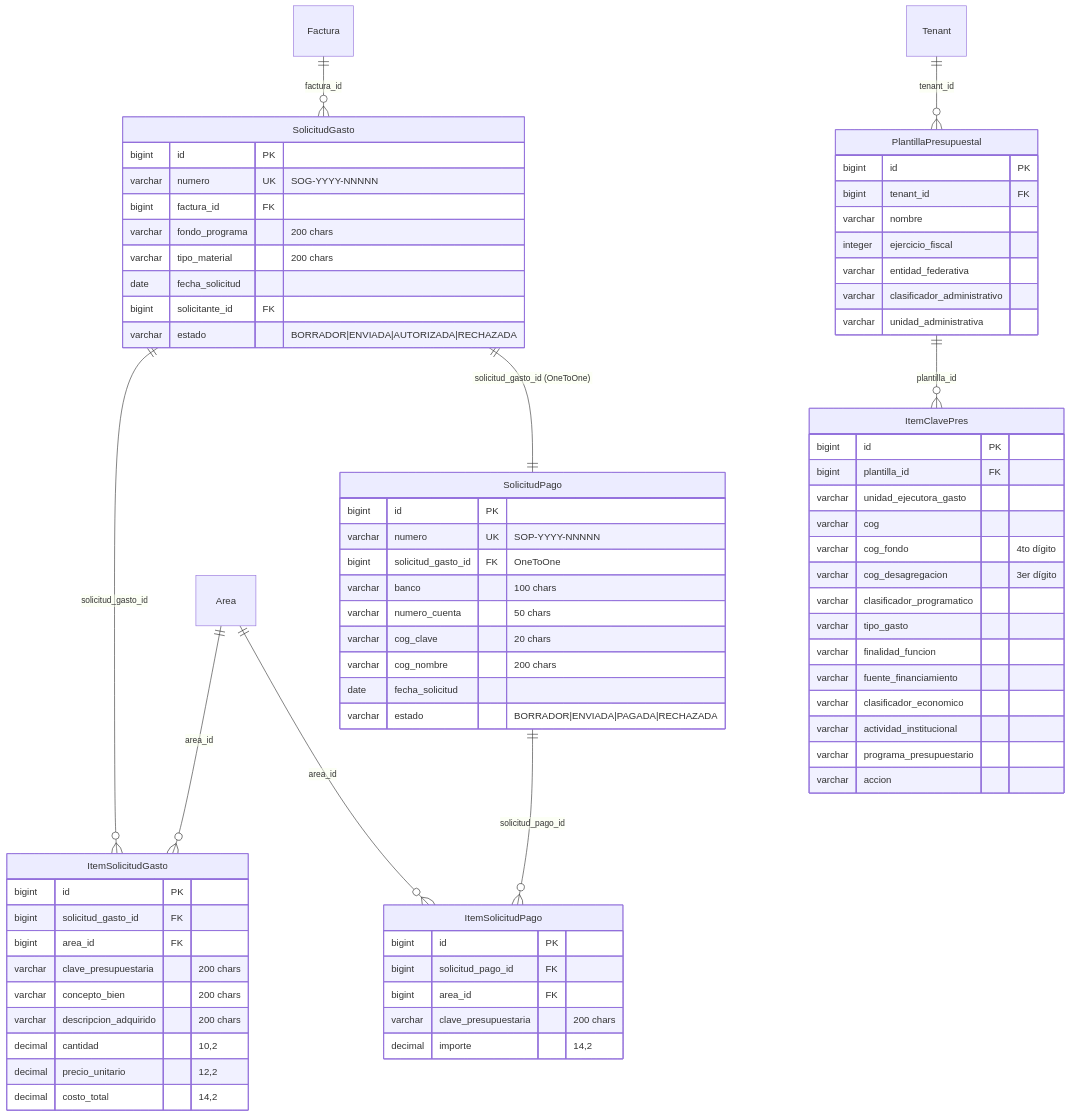
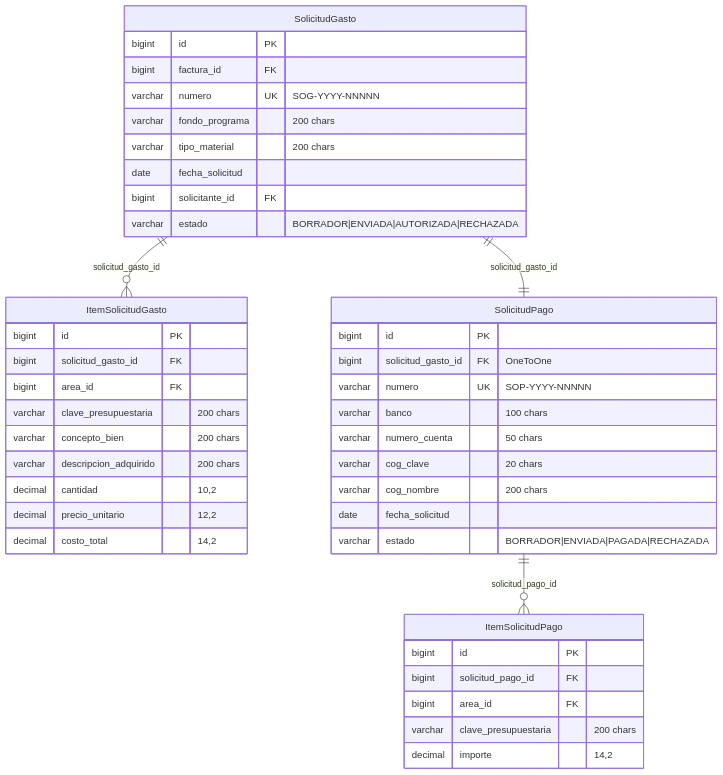
The tenth of 12 diagrams in docs/DATABASE.md (AsahioO/Gastos_Distribuidosv2), drawn with Mermaid before and after one commit. The commit also changed other lines of this file and 1 other file, not shown here.

First line of the commit message:
Add architecture diagrams for Gastos Distribuidos v2

````diff
--- a/docs/DATABASE.md
+++ b/docs/DATABASE.md
@@ -621,81 +654,49 @@
 ```mermaid
 erDiagram
-    Factura ||--o{ SolicitudGasto : "factura_id"
     SolicitudGasto ||--o{ ItemSolicitudGasto : "solicitud_gasto_id"
-    SolicitudGasto ||--|| SolicitudPago : "solicitud_gasto_id (OneToOne)"
+    SolicitudGasto ||--|| SolicitudPago : "solicitud_gasto_id"
     SolicitudPago ||--o{ ItemSolicitudPago : "solicitud_pago_id"
-    Area ||--o{ ItemSolicitudGasto : "area_id"
-    Area ||--o{ ItemSolicitudPago : "area_id"
-    Tenant ||--o{ PlantillaPresupuestal : "tenant_id"
-    PlantillaPresupuestal ||--o{ ItemClavePres : "plantilla_id"
 
     SolicitudGasto {
         bigint id PK
+        bigint factura_id FK
         varchar numero UK "SOG-YYYY-NNNNN"
-        bigint factura_id FK
         varchar fondo_programa "200 chars"
         varchar tipo_material "200 chars"
         date fecha_solicitud
         bigint solicitante_id FK
         varchar estado "BORRADOR|ENVIADA|AUTORIZADA|RECHAZADA"
     }
 
     ItemSolicitudGasto {
         bigint id PK
         bigint solicitud_gasto_id FK
         bigint area_id FK
         varchar clave_presupuestaria "200 chars"
         varchar concepto_bien "200 chars"
         varchar descripcion_adquirido "200 chars"
         decimal cantidad "10,2"
         decimal precio_unitario "12,2"
         decimal costo_total "14,2"
     }
 
     SolicitudPago {
         bigint id PK
+        bigint solicitud_gasto_id FK "OneToOne"
         varchar numero UK "SOP-YYYY-NNNNN"
-        bigint solicitud_gasto_id FK "OneToOne"
         varchar banco "100 chars"
         varchar numero_cuenta "50 chars"
         varchar cog_clave "20 chars"
         varchar cog_nombre "200 chars"
         date fecha_solicitud
         varchar estado "BORRADOR|ENVIADA|PAGADA|RECHAZADA"
     }
 
     ItemSolicitudPago {
         bigint id PK
         bigint solicitud_pago_id FK
         bigint area_id FK
         varchar clave_presupuestaria "200 chars"
         decimal importe "14,2"
     }
-
-    PlantillaPresupuestal {
-        bigint id PK
-        bigint tenant_id FK
-        varchar nombre
-        integer ejercicio_fiscal
-        varchar entidad_federativa
-        varchar clasificador_administrativo
-        varchar unidad_administrativa
-    }
-
-    ItemClavePres {
-        bigint id PK
-        bigint plantilla_id FK
-        varchar unidad_ejecutora_gasto
-        varchar cog
-        varchar cog_fondo "4to dígito"
-        varchar cog_desagregacion "3er dígito"
-        varchar clasificador_programatico
-        varchar tipo_gasto
-        varchar finalidad_funcion
-        varchar fuente_financiamiento
-        varchar clasificador_economico
-        varchar actividad_institucional
-        varchar programa_presupuestario
-        varchar accion
-    }
 ```
````
